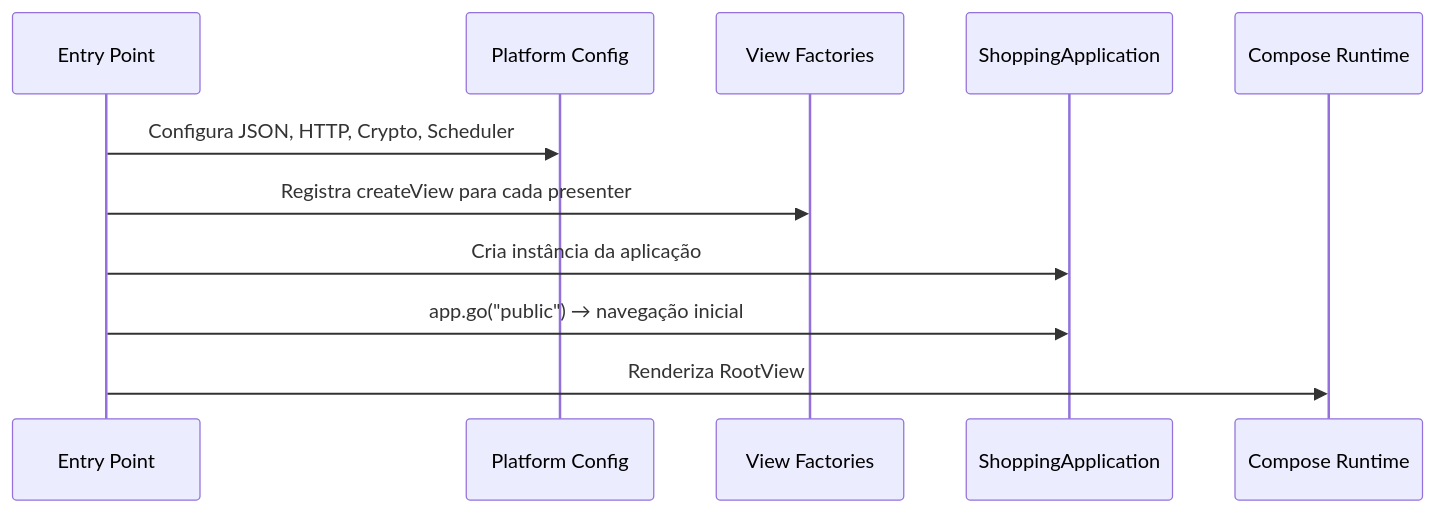
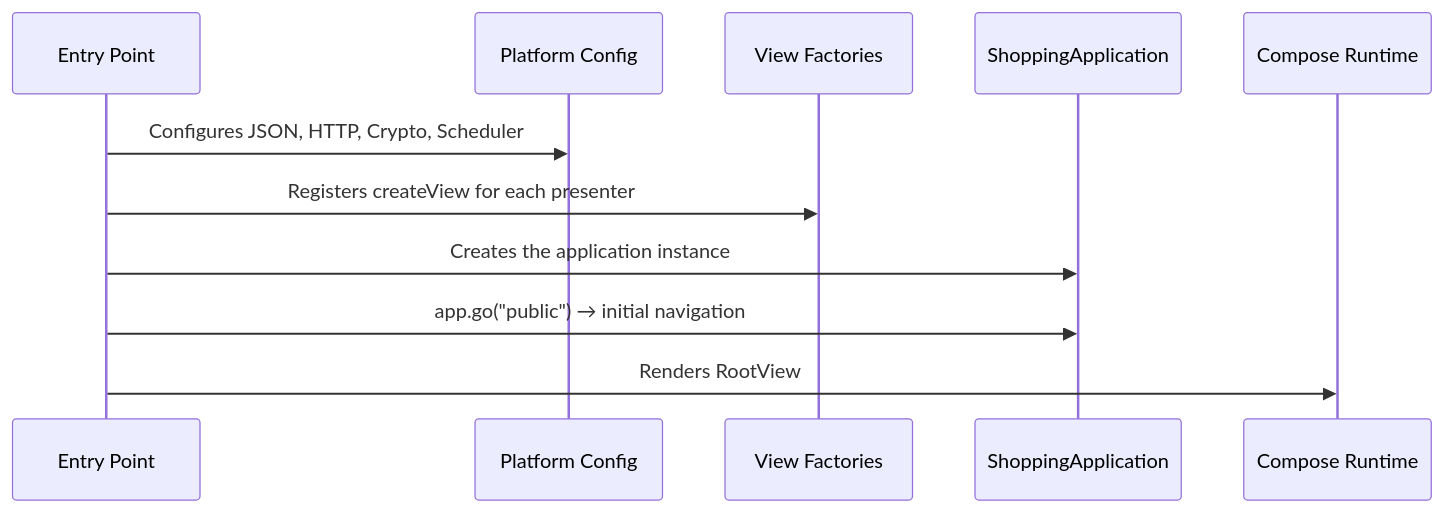
Before and after one commit to mrcdom/wdc-cube-kotlin: the seventh of 9 diagrams in docs/architecture-cube-compose.md, drawn with Mermaid. The commit also changed other lines of this file and 10 other files, not shown here.

First line of the commit message:
docs: architecture docs and top-level READMEs in US English

````diff
--- a/docs/architecture-cube-compose.md
+++ b/docs/architecture-cube-compose.md
@@ -418,14 +418,14 @@
 ```mermaid
 sequenceDiagram
     participant Main as Entry Point
     participant Plat as Platform Config
     participant Factories as View Factories
     participant App as ShoppingApplication
     participant Compose as Compose Runtime
 
-    Main->>Plat: Configura JSON, HTTP, Crypto, Scheduler
-    Main->>Factories: Registra createView para cada presenter
-    Main->>App: Cria instância da aplicação
-    Main->>App: app.go("public") → navegação inicial
-    Main->>Compose: Renderiza RootView
+    Main->>Plat: Configures JSON, HTTP, Crypto, Scheduler
+    Main->>Factories: Registers createView for each presenter
+    Main->>App: Creates the application instance
+    Main->>App: app.go("public") → initial navigation
+    Main->>Compose: Renders RootView
 ```
````
